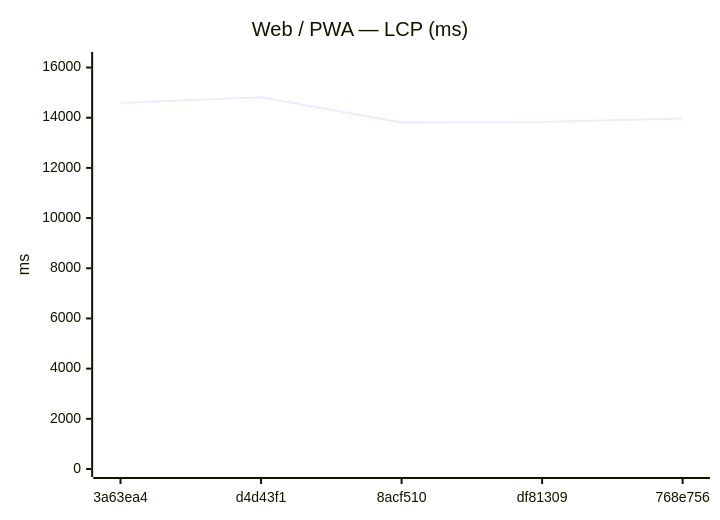
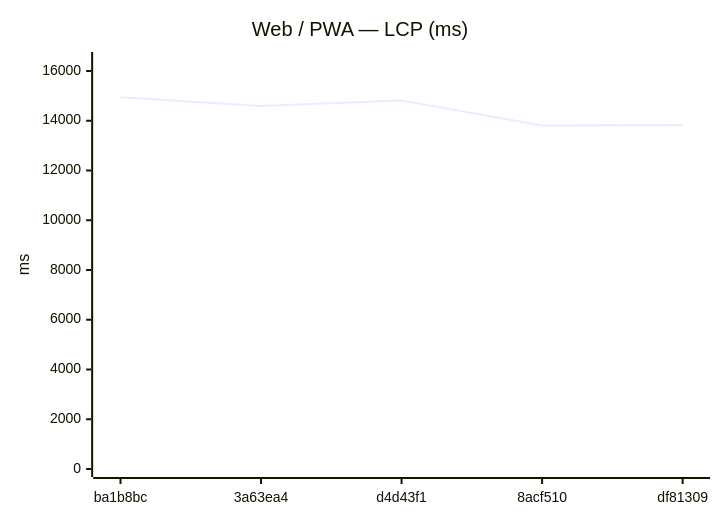
One commit to Metaheurist/Rianell changed the seventh of 18 diagrams in benchmarks/compare.md. Above: the diagram before and after it, drawn with Mermaid. The commit also changed other lines of this file and 11 other files, not shown here.

````diff
--- a/benchmarks/compare.md
+++ b/benchmarks/compare.md
@@ -117,7 +117,7 @@
 ```mermaid
 xychart-beta
     title "Web / PWA — LCP (ms)"
-    x-axis ["3a63ea4", "d4d43f1", "8acf510", "df81309", "768e756"]
-    y-axis "ms" 0 --> 16300
-    line [14588, 14818, 13807, 13825, 13971]
+    x-axis ["ba1b8bc", "3a63ea4", "d4d43f1", "8acf510", "df81309"]
+    y-axis "ms" 0 --> 16442
+    line [14947, 14588, 14818, 13807, 13825]
 ```
````
